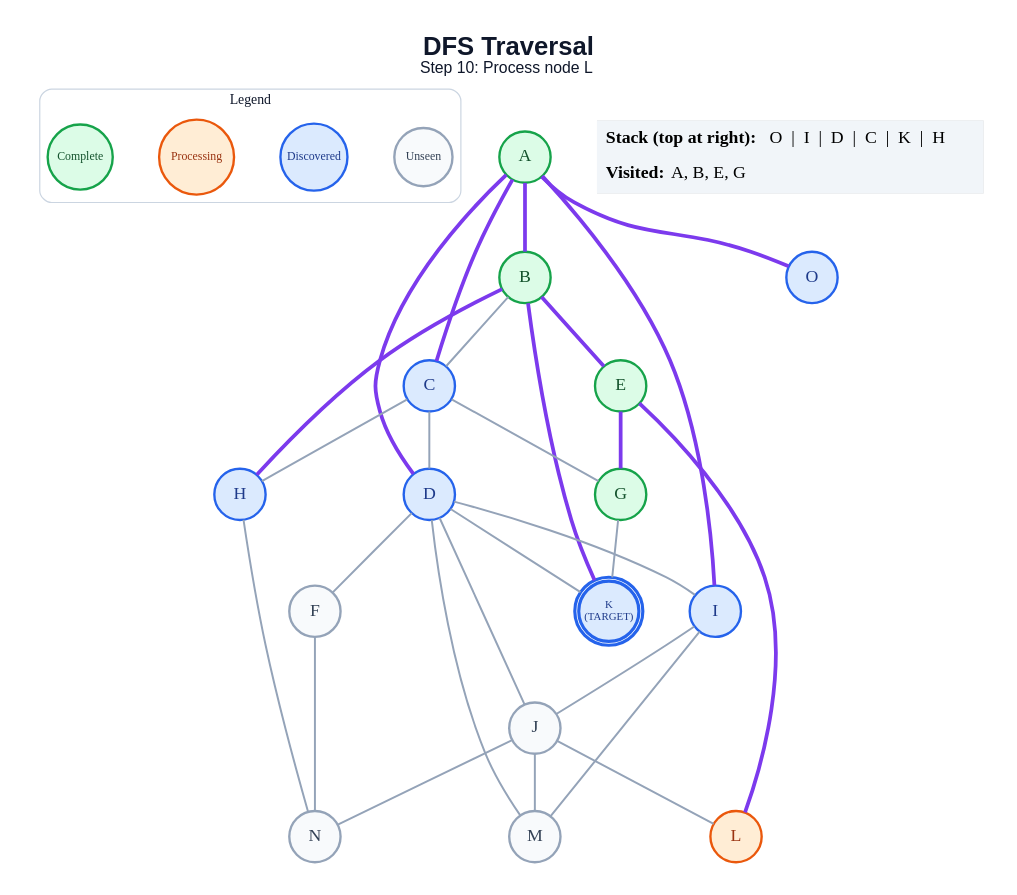
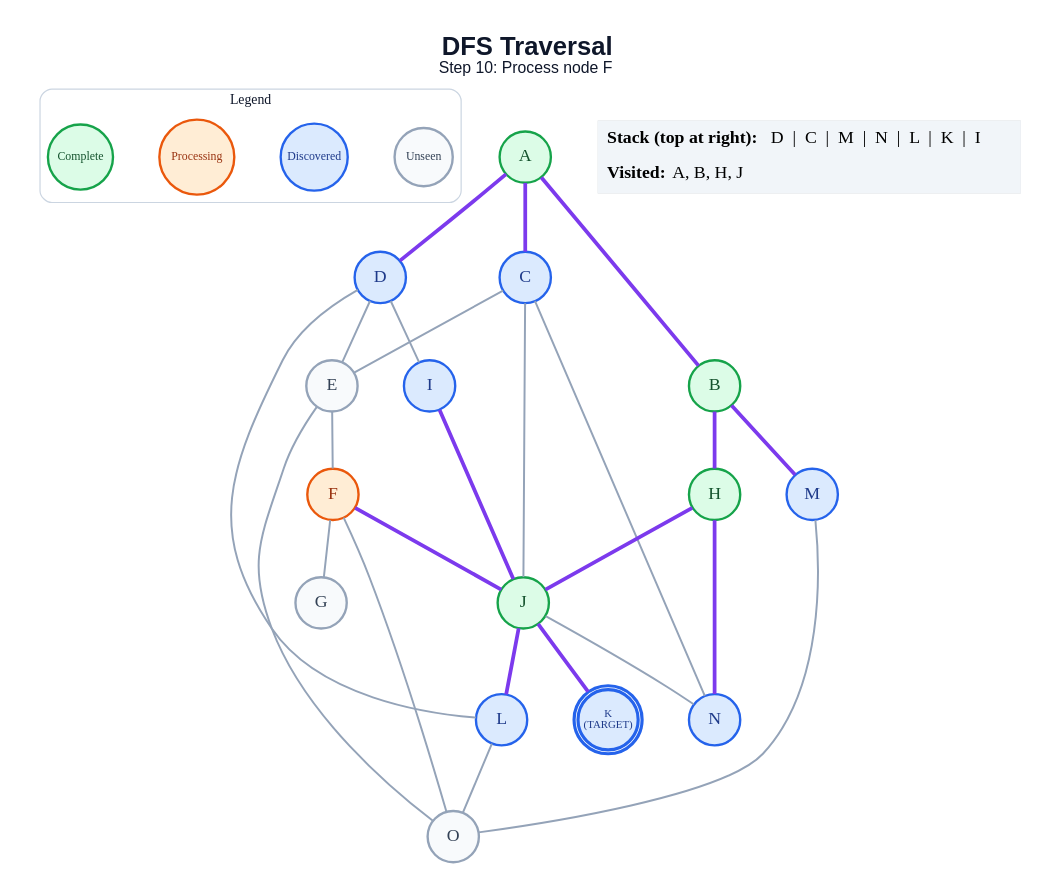
Before and after one commit to anon7238593-create/ai-slop: the diagram in generated/dfs/step_10.dot, drawn with Graphviz. The commit also changed 272 other files, not shown here.

```diff
--- a/generated/dfs/step_10.dot
+++ b/generated/dfs/step_10.dot
@@ -1,61 +1,58 @@
 graph traversal {
   graph [layout=dot, rankdir=TB, bgcolor="#FFFFFF", pad="0.35", nodesep="0.65", ranksep="0.8", fontname="Arial"];
   node [shape=circle, style="filled", fontname="Arial Bold", fontsize=18, width=0.72, fixedsize=true, penwidth=2.4];
   edge [color="#94A3B8", penwidth=2.0];
-  label=<<B>DFS Traversal</B><BR/><FONT POINT-SIZE="16">Step 10: Process node L</FONT>>; labelloc="t"; fontsize=26; fontname="Arial"; fontcolor="#0F172A";
+  label=<<B>DFS Traversal</B><BR/><FONT POINT-SIZE="16">Step 10: Process node F</FONT>>; labelloc="t"; fontsize=26; fontname="Arial"; fontcolor="#0F172A";
   subgraph cluster_legend { label="Legend"; color="#CBD5E1"; penwidth=1.2; style="rounded"; fontsize=14; fontname="Arial Bold";
     key_unseen [label="Unseen", fillcolor="#F8FAFC", color="#94A3B8", fontcolor="#334155", fontsize=12, width=0.82];
     key_frontier [label="Discovered", fillcolor="#DBEAFE", color="#2563EB", fontcolor="#1E3A8A", fontsize=12, width=0.95];
     key_current [label="Processing", fillcolor="#FFEDD5", color="#EA580C", fontcolor="#9A3412", fontsize=12, width=1.05];
     key_done [label="Complete", fillcolor="#DCFCE7", color="#16A34A", fontcolor="#14532D", fontsize=12, width=0.92];
     { rank=same; key_unseen; key_frontier; key_current; key_done; }
   }
   A [label="A", fillcolor="#DCFCE7", color="#16A34A", fontcolor="#14532D", peripheries=1, penwidth=2.4];
   B [label="B", fillcolor="#DCFCE7", color="#16A34A", fontcolor="#14532D", peripheries=1, penwidth=2.4];
   C [label="C", fillcolor="#DBEAFE", color="#2563EB", fontcolor="#1E3A8A", peripheries=1, penwidth=2.4];
   D [label="D", fillcolor="#DBEAFE", color="#2563EB", fontcolor="#1E3A8A", peripheries=1, penwidth=2.4];
-  E [label="E", fillcolor="#DCFCE7", color="#16A34A", fontcolor="#14532D", peripheries=1, penwidth=2.4];
-  F [label="F", fillcolor="#F8FAFC", color="#94A3B8", fontcolor="#334155", peripheries=1, penwidth=2.4];
-  G [label="G", fillcolor="#DCFCE7", color="#16A34A", fontcolor="#14532D", peripheries=1, penwidth=2.4];
-  H [label="H", fillcolor="#DBEAFE", color="#2563EB", fontcolor="#1E3A8A", peripheries=1, penwidth=2.4];
+  E [label="E", fillcolor="#F8FAFC", color="#94A3B8", fontcolor="#334155", peripheries=1, penwidth=2.4];
+  F [label="F", fillcolor="#FFEDD5", color="#EA580C", fontcolor="#9A3412", peripheries=1, penwidth=2.4];
+  G [label="G", fillcolor="#F8FAFC", color="#94A3B8", fontcolor="#334155", peripheries=1, penwidth=2.4];
+  H [label="H", fillcolor="#DCFCE7", color="#16A34A", fontcolor="#14532D", peripheries=1, penwidth=2.4];
   I [label="I", fillcolor="#DBEAFE", color="#2563EB", fontcolor="#1E3A8A", peripheries=1, penwidth=2.4];
-  J [label="J", fillcolor="#F8FAFC", color="#94A3B8", fontcolor="#334155", peripheries=1, penwidth=2.4];
+  J [label="J", fillcolor="#DCFCE7", color="#16A34A", fontcolor="#14532D", peripheries=1, penwidth=2.4];
   K [label="K\n(TARGET)", fillcolor="#DBEAFE", color="#2563EB", fontcolor="#1E3A8A", peripheries=2, penwidth=3.2, fontsize=11, width=0.85, height=0.85];
-  L [label="L", fillcolor="#FFEDD5", color="#EA580C", fontcolor="#9A3412", peripheries=1, penwidth=2.4];
-  M [label="M", fillcolor="#F8FAFC", color="#94A3B8", fontcolor="#334155", peripheries=1, penwidth=2.4];
-  N [label="N", fillcolor="#F8FAFC", color="#94A3B8", fontcolor="#334155", peripheries=1, penwidth=2.4];
-  O [label="O", fillcolor="#DBEAFE", color="#2563EB", fontcolor="#1E3A8A", peripheries=1, penwidth=2.4];
+  L [label="L", fillcolor="#DBEAFE", color="#2563EB", fontcolor="#1E3A8A", peripheries=1, penwidth=2.4];
+  M [label="M", fillcolor="#DBEAFE", color="#2563EB", fontcolor="#1E3A8A", peripheries=1, penwidth=2.4];
+  N [label="N", fillcolor="#DBEAFE", color="#2563EB", fontcolor="#1E3A8A", peripheries=1, penwidth=2.4];
+  O [label="O", fillcolor="#F8FAFC", color="#94A3B8", fontcolor="#334155", peripheries=1, penwidth=2.4];
   A -- B [color="#7C3AED", penwidth=3.8];
   A -- C [color="#7C3AED", penwidth=3.8];
   A -- D [color="#7C3AED", penwidth=3.8];
-  A -- I [color="#7C3AED", penwidth=3.8];
-  A -- O [color="#7C3AED", penwidth=3.8];
-  B -- C;
-  B -- E [color="#7C3AED", penwidth=3.8];
   B -- H [color="#7C3AED", penwidth=3.8];
-  B -- K [color="#7C3AED", penwidth=3.8];
-  C -- D;
-  C -- G;
-  C -- H;
-  D -- F;
+  B -- M [color="#7C3AED", penwidth=3.8];
+  C -- E;
+  C -- J;
+  C -- N;
+  D -- E;
   D -- I;
-  D -- J;
-  D -- K;
-  D -- M;
-  E -- G [color="#7C3AED", penwidth=3.8];
-  E -- L [color="#7C3AED", penwidth=3.8];
-  F -- N;
-  G -- K;
-  H -- N;
-  I -- J;
-  I -- M;
-  J -- L;
-  J -- M;
+  D -- L;
+  E -- F;
+  E -- O;
+  F -- G;
+  F -- J [color="#7C3AED", penwidth=3.8];
+  F -- O;
+  H -- J [color="#7C3AED", penwidth=3.8];
+  H -- N [color="#7C3AED", penwidth=3.8];
+  I -- J [color="#7C3AED", penwidth=3.8];
+  J -- K [color="#7C3AED", penwidth=3.8];
+  J -- L [color="#7C3AED", penwidth=3.8];
   J -- N;
+  L -- O;
+  M -- O;
   status [shape=plain, fixedsize=false, width=0, height=0, margin=0, label=<
     <TABLE BORDER="0" CELLBORDER="0" CELLPADDING="7" BGCOLOR="#F1F5F9">
-      <TR><TD ALIGN="LEFT"><B>Stack (top at right):</B> O  |  I  |  D  |  C  |  K  |  H</TD></TR>
-      <TR><TD ALIGN="LEFT"><B>Visited:</B> A, B, E, G</TD></TR>
+      <TR><TD ALIGN="LEFT"><B>Stack (top at right):</B> D  |  C  |  M  |  N  |  L  |  K  |  I</TD></TR>
+      <TR><TD ALIGN="LEFT"><B>Visited:</B> A, B, H, J</TD></TR>
     </TABLE>
   >];
 }
```
